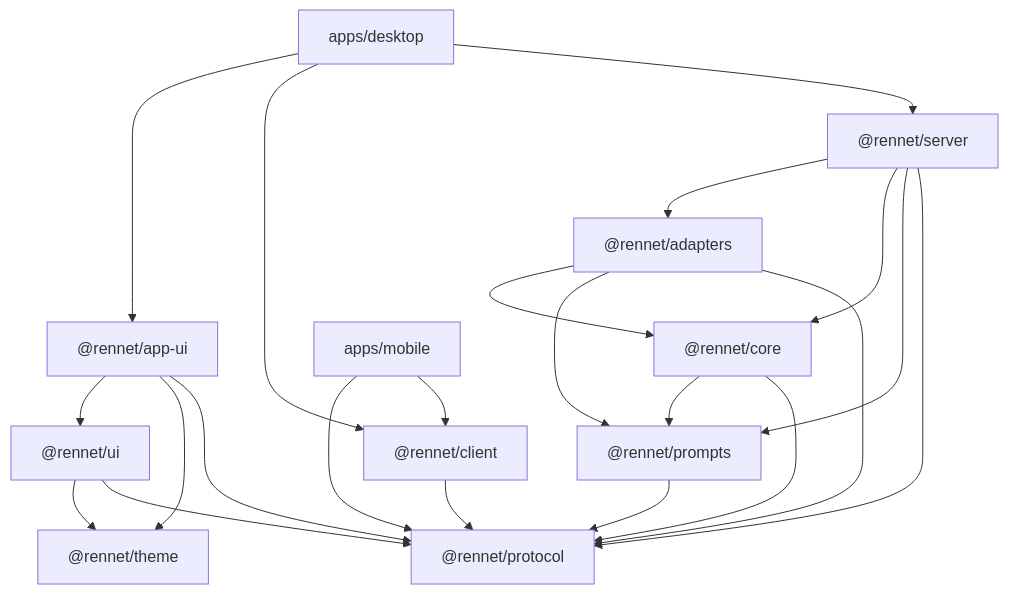
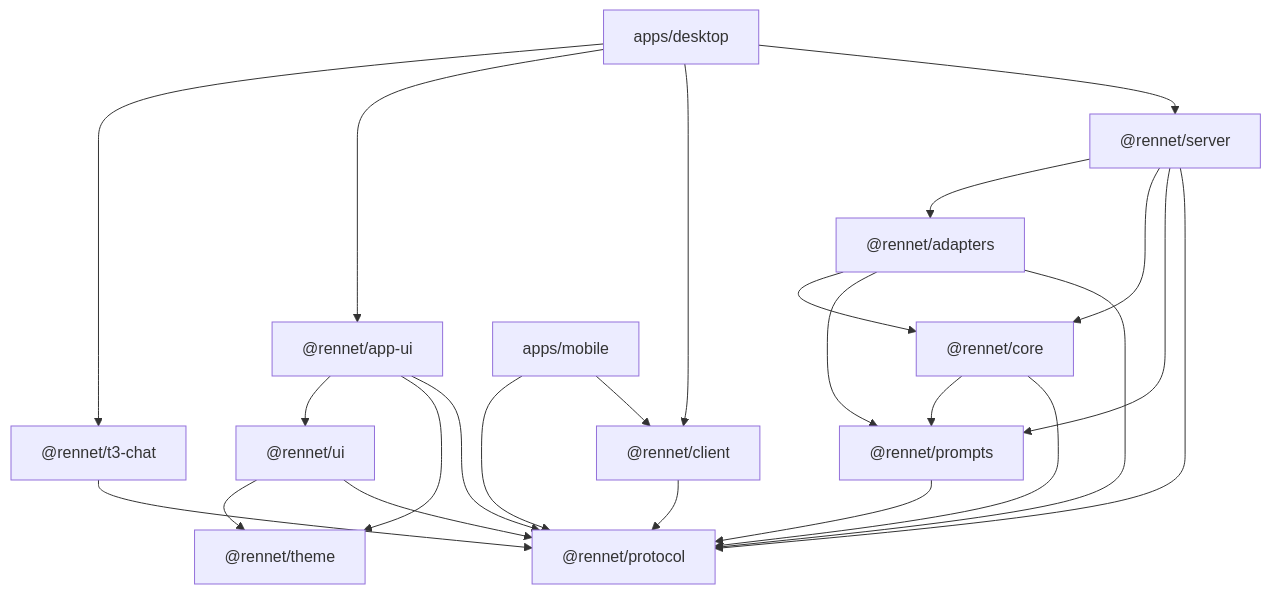
The diagram in docs/developing/guides/repository-bootstrap.md (rbutera/Rennet), drawn with Mermaid before and after one commit. The commit also changed other lines of this file and 10 other files, not shown here.

````diff
--- a/docs/developing/guides/repository-bootstrap.md
+++ b/docs/developing/guides/repository-bootstrap.md
@@ -47,36 +47,39 @@
 ```mermaid
 flowchart TD
   theme["@rennet/theme"]
   protocol["@rennet/protocol"]
   prompts["@rennet/prompts"]
   core["@rennet/core"]
   adapters["@rennet/adapters"]
   server["@rennet/server"]
   client["@rennet/client"]
   ui["@rennet/ui"]
   appui["@rennet/app-ui"]
+  t3chat["@rennet/t3-chat"]
   desktop["apps/desktop"]
   mobile["apps/mobile"]
 
   prompts --> protocol
   core --> protocol
   core --> prompts
   adapters --> protocol
   adapters --> prompts
   adapters --> core
   server --> protocol
   server --> prompts
   server --> core
   server --> adapters
   client --> protocol
   ui --> protocol
   ui --> theme
   appui --> protocol
   appui --> theme
   appui --> ui
+  t3chat --> protocol
   desktop --> server
   desktop --> client
   desktop --> appui
+  desktop --> t3chat
   mobile --> client
   mobile --> protocol
 ```
````
